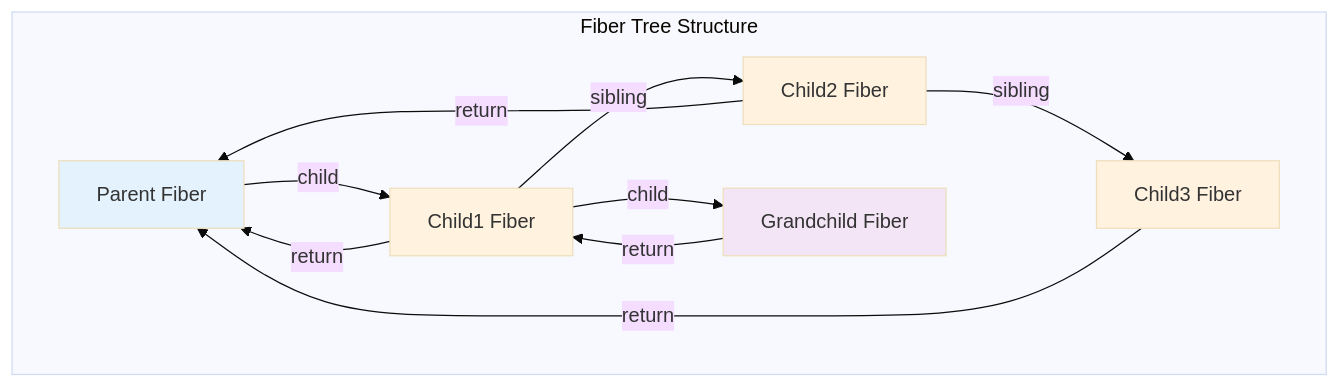
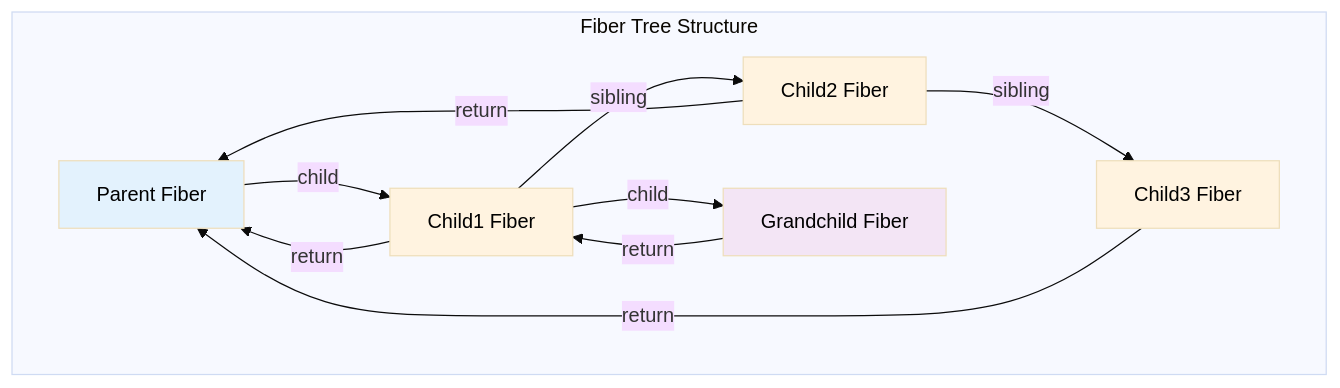
Before and after one commit to Junks5020/big-react: the tenth of 11 diagrams in .trae/documents/React-Reconciler-Mermaid流程图.md, drawn with Mermaid (base theme). The commit also changed other lines of this file and 9 other files, not shown here.

````diff
--- a/.trae/documents/React-Reconciler-Mermaid流程图.md
+++ b/.trae/documents/React-Reconciler-Mermaid流程图.md
@@ -326,26 +326,26 @@
 ```mermaid
 flowchart TD
     subgraph "Fiber Tree Structure"
         A["Parent Fiber"]
         B["Child1 Fiber"]
         C["Child2 Fiber"]
         D["Child3 Fiber"]
         E["Grandchild Fiber"]
 
         A -->|child| B
         B -->|sibling| C
         C -->|sibling| D
         B -->|child| E
 
         B -->|return| A
         C -->|return| A
         D -->|return| A
         E -->|return| B
     end
 
-    style A fill:#e3f2fd
-    style B fill:#fff3e0
-    style C fill:#fff3e0
-    style D fill:#fff3e0
-    style E fill:#f3e5f5
+    style A fill:#e3f2fd,color:#000000
+    style B fill:#fff3e0,color:#000000
+    style C fill:#fff3e0,color:#000000
+    style D fill:#fff3e0,color:#000000
+    style E fill:#f3e5f5,color:#000000
 ```
````
